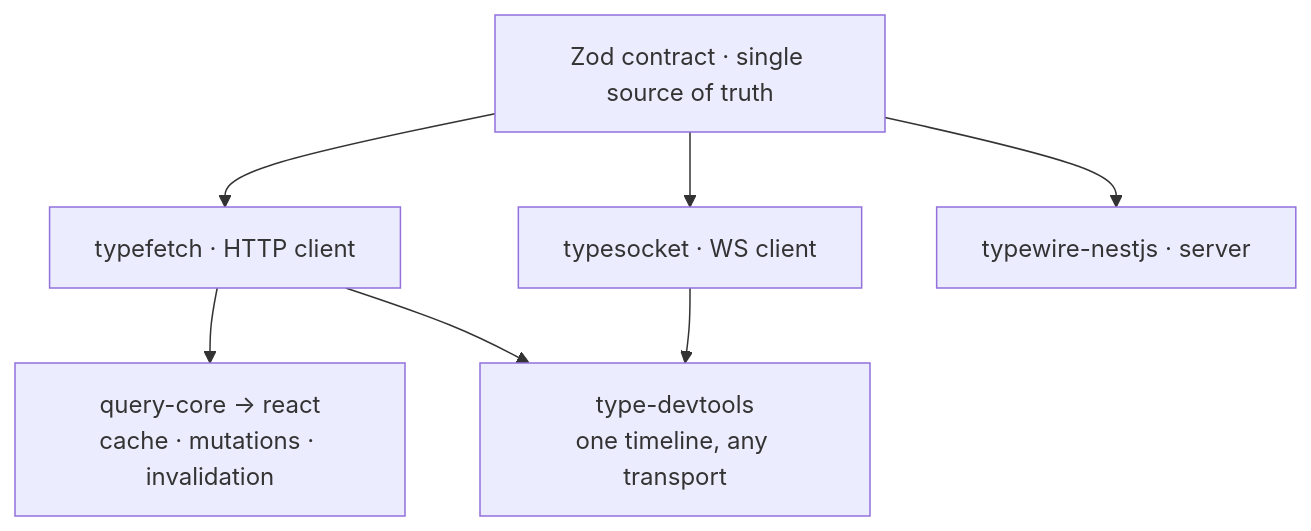
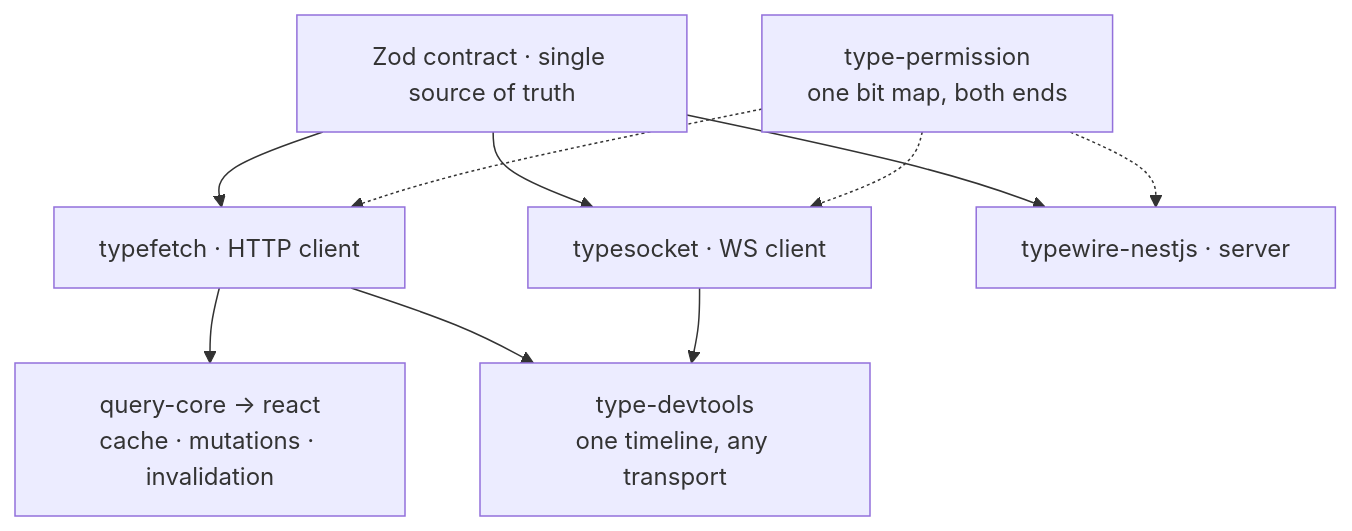
Before and after one commit to TahaNabavi/typewire: the diagram in README.md, drawn with Mermaid. The commit also changed other lines of this file and 60 other files, not shown here.

Commit message:
feat(permission): add @tahanabavi/type-permission + contract-linked guards

````diff
--- a/README.md
+++ b/README.md
@@ -168,10 +169,13 @@
 ```mermaid
 flowchart TD
   C["Zod contract · single source of truth"]
   C --> F["typefetch · HTTP client"]
   C --> S["typesocket · WS client"]
   C --> N["typewire-nestjs · server"]
   F --> Q["query-core → react<br/>cache · mutations · invalidation"]
   F --> D["type-devtools<br/>one timeline, any transport"]
   S --> D
+  P["type-permission<br/>one bit map, both ends"] -.-> F
+  P -.-> S
+  P -.-> N
 ```
````
